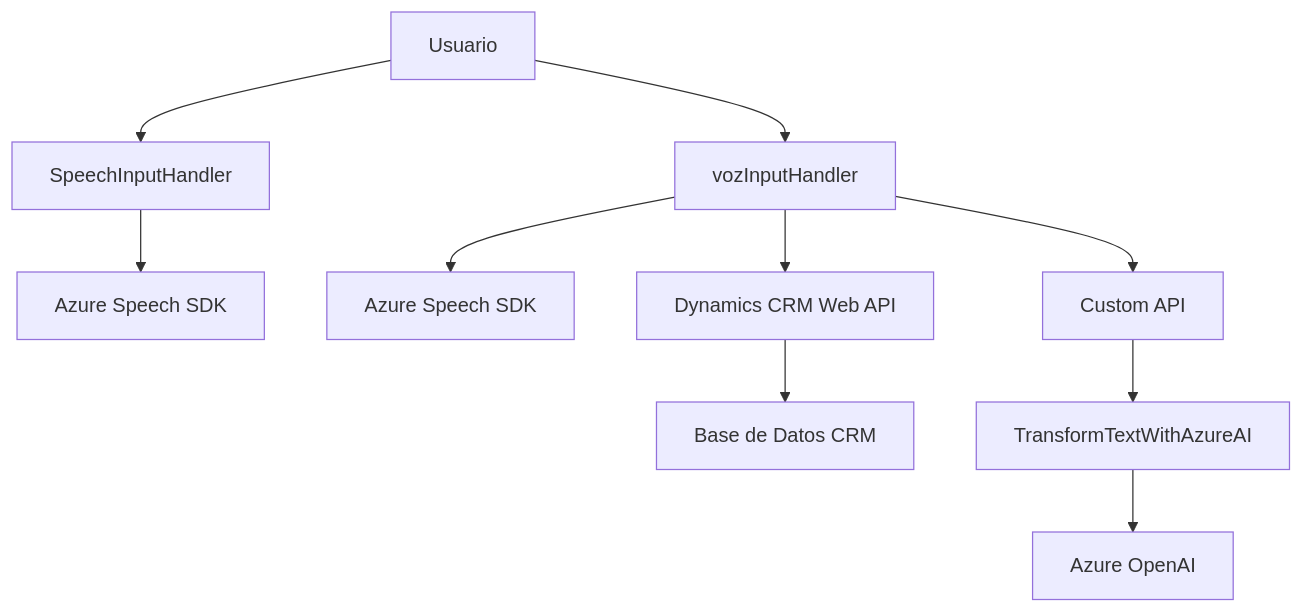
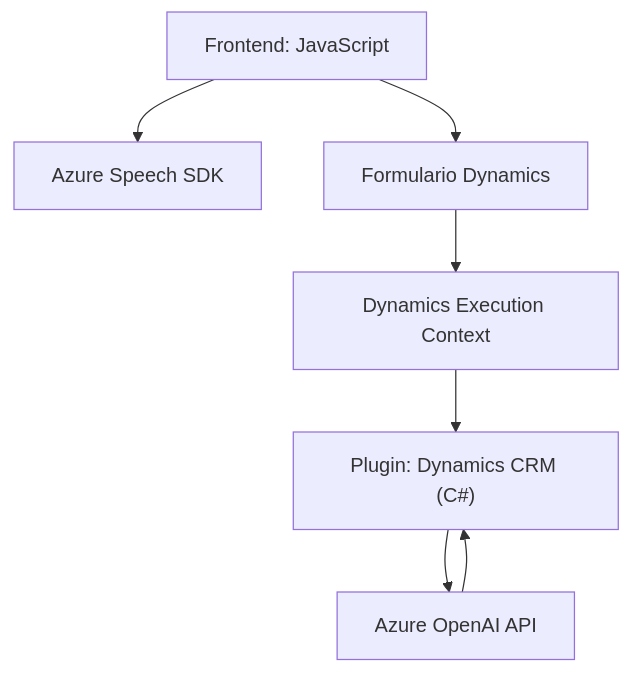
One commit to blopezdm/NETCORE_BILBAO2025 changed the diagram in README.md. Above: the diagram before and after it, drawn with Mermaid. The commit also changed other lines of this file, not shown here.

````diff
--- a/README.md
+++ b/README.md
@@ -46,13 +50,16 @@
 ```mermaid
 graph TD
-    A["Usuario"] --> B["SpeechInputHandler"]
-    A["Usuario"] --> C["vozInputHandler"]
-    B["SpeechInputHandler"] --> D["Azure Speech SDK"]
-    C["vozInputHandler"] --> E["Azure Speech SDK"]
-    C["vozInputHandler"] --> F["Dynamics CRM Web API"]
-    F["Dynamics CRM Web API"] --> G["Base de Datos CRM"]
-    C["vozInputHandler"] --> H["Custom API"]
-    H["Custom API"] --> I["TransformTextWithAzureAI"]
-    I["TransformTextWithAzureAI"] --> J["Azure OpenAI"]
+    A["Frontend: JavaScript"]
+    B["Plugin: Dynamics CRM (C#)"]
+    C["Azure Speech SDK"]
+    D["Azure OpenAI API"]
+    E["Dynamics Execution Context"]
+    F["Formulario Dynamics"]
 
+    A --> C
+    A --> F
+    F --> E
+    E --> B 
+    B --> D
+    D --> B
 ```
````
